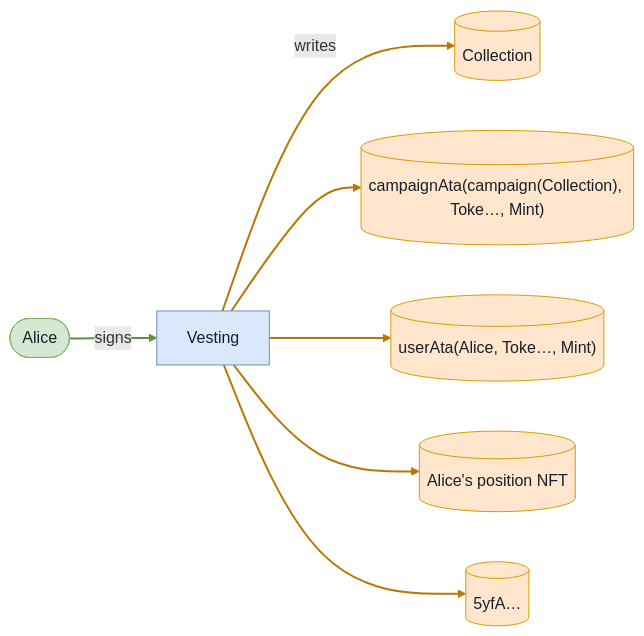
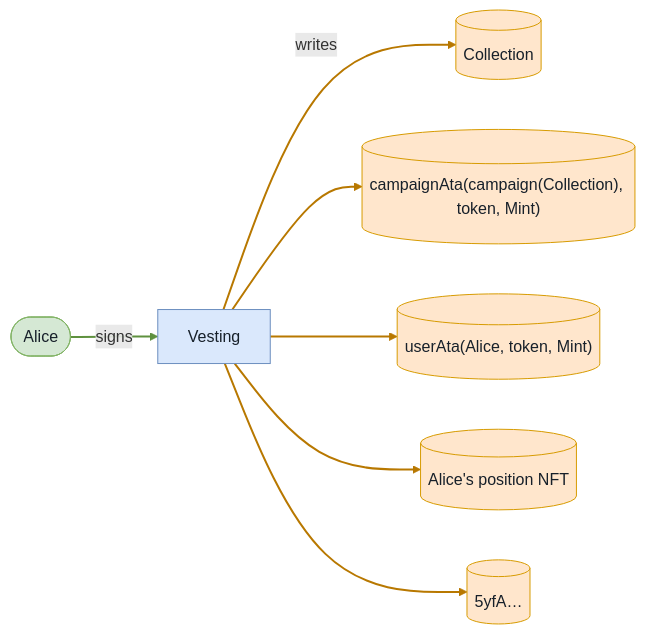
One commit to cds-turbin3/vesting-position changed diagram 11 of 12 in babelfish-tests/test-report/vested_tokens_are_forfeited_past_the_grace_window.md. Above: the diagram before and after it, drawn with Mermaid. The commit also changed other lines of this file and 104 other files, not shown here.

````diff
--- a/babelfish-tests/test-report/vested_tokens_are_forfeited_past_the_grace_window.md
+++ b/babelfish-tests/test-report/vested_tokens_are_forfeited_past_the_grace_window.md
@@ -518,21 +518,21 @@
 ```mermaid
 flowchart LR
     Vesting["Vesting"]:::program
     Alice(["Alice"]):::signer
     Collection[("Collection")]:::state
-    campaignAtacampaignCollectionTokeMint[("campaignAta(campaign(Collection), Toke…, Mint)")]:::state
-    userAtaAliceTokeMint[("userAta(Alice, Toke…, Mint)")]:::state
+    campaignAtacampaignCollectiontokenMint[("campaignAta(campaign(Collection), token, Mint)")]:::state
+    userAtaAlicetokenMint[("userAta(Alice, token, Mint)")]:::state
     AlicespositionNFT[("Alice's position NFT")]:::state
     n5yfA[("5yfA…")]:::state
     Alice -->|signs| Vesting
     Vesting -->|writes| Collection
-    Vesting --> campaignAtacampaignCollectionTokeMint
-    Vesting --> userAtaAliceTokeMint
+    Vesting --> campaignAtacampaignCollectiontokenMint
+    Vesting --> userAtaAlicetokenMint
     Vesting --> AlicespositionNFT
     Vesting --> n5yfA
     classDef program fill:#dae8fc,stroke:#6c8ebf,color:#17202a;
     classDef signer fill:#d5e8d4,stroke:#82b366,color:#17202a;
     classDef state fill:#ffe6cc,stroke:#d79b00,color:#17202a;
     linkStyle 0 stroke:#5f913f,stroke-width:2px
     linkStyle 1,2,3,4,5 stroke:#b87800,stroke-width:2px
 ```
````
